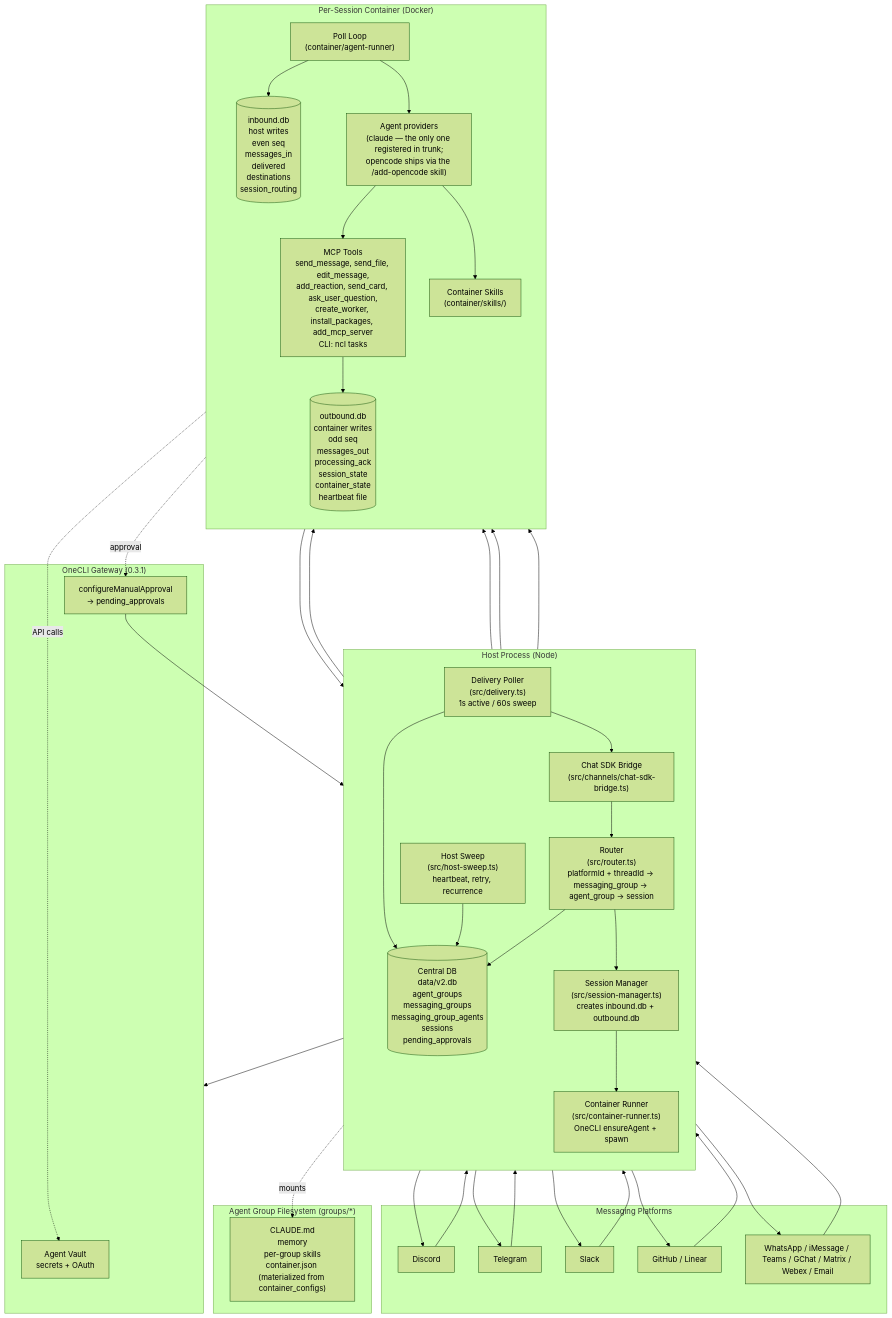
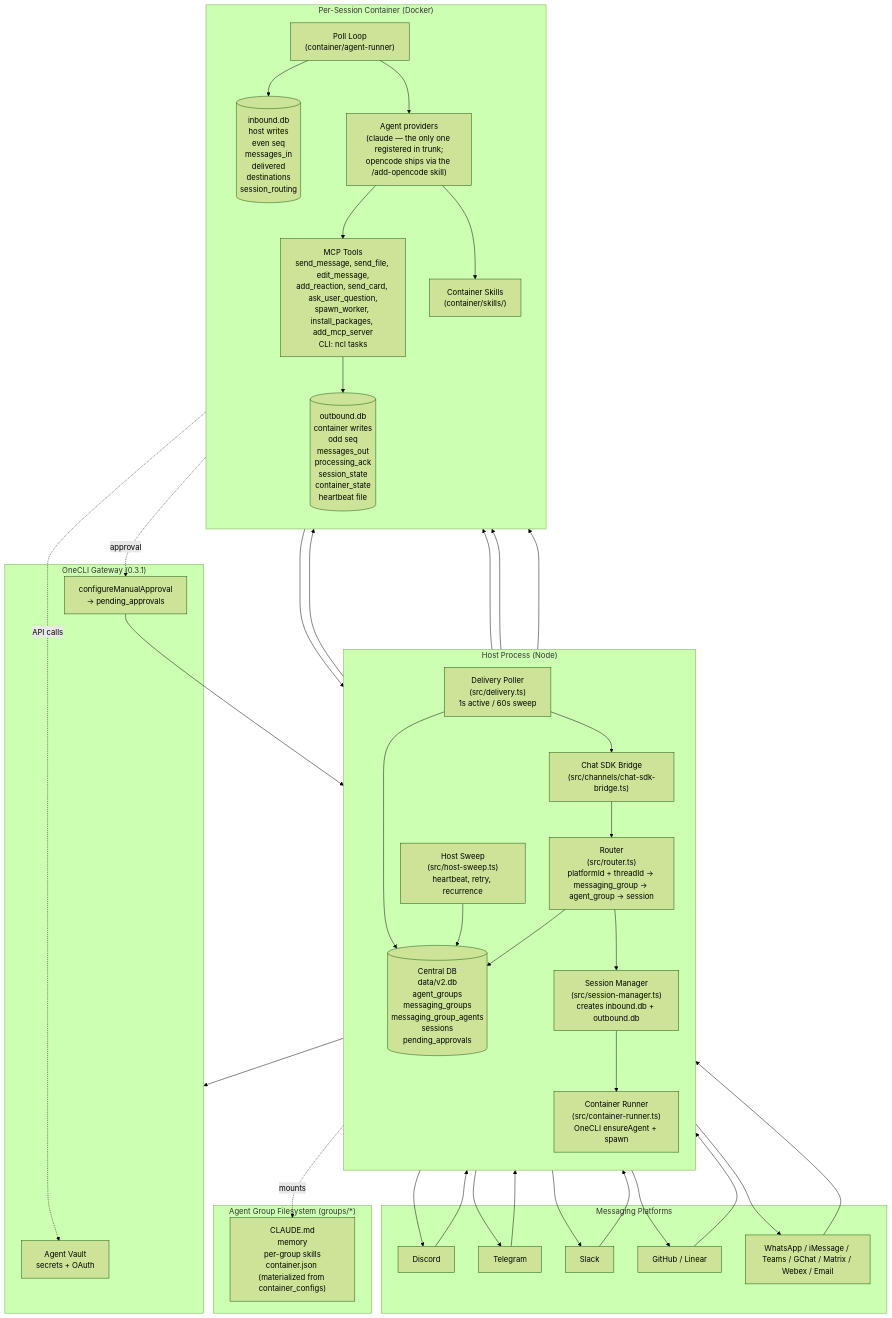
Before and after one commit to kiendev98/nanoclaw: the first of 5 diagrams in docs/architecture-diagram.md, drawn with Mermaid (forest theme). The commit also changed 33 other files, not shown here.

First line of the commit message:
refactor(worker): restore create_agent to upstream, rename create_worker to spawn_worker

````diff
--- a/docs/architecture-diagram.md
+++ b/docs/architecture-diagram.md
@@ -5,65 +5,65 @@
 ```mermaid
 flowchart TB
   subgraph Platforms["Messaging Platforms"]
     P1[Discord]
     P2[Telegram]
     P3[Slack]
     P4[GitHub / Linear]
     P5[WhatsApp / iMessage / Teams / GChat / Matrix / Webex / Email]
   end
 
   subgraph Host["Host Process (Node)"]
     direction TB
     Bridge["Chat SDK Bridge<br/>(src/channels/chat-sdk-bridge.ts)"]
     Router["Router<br/>(src/router.ts)<br/>platformId + threadId -> messaging_group -> agent_group -> session"]
     SessMgr["Session Manager<br/>(src/session-manager.ts)<br/>creates inbound.db + outbound.db"]
     Runner["Container Runner<br/>(src/container-runner.ts)<br/>OneCLI ensureAgent + spawn"]
     Delivery["Delivery Poller<br/>(src/delivery.ts)<br/>1s active / 60s sweep"]
     Sweep["Host Sweep<br/>(src/host-sweep.ts)<br/>heartbeat, retry, recurrence"]
     Central[("Central DB<br/>data/v2.db<br/>agent_groups<br/>messaging_groups<br/>messaging_group_agents<br/>sessions<br/>pending_approvals")]
   end
 
   subgraph OneCLI["OneCLI Gateway (0.3.1)"]
     Vault["Agent Vault<br/>secrets + OAuth"]
     Approvals["configureManualApproval<br/>-> pending_approvals"]
   end
 
   subgraph Session["Per-Session Container (Docker)"]
     direction TB
     PollLoop["Poll Loop<br/>(container/agent-runner)"]
     Provider["Agent providers<br/>(claude — the only one registered in trunk;<br/>opencode ships via the /add-opencode skill)"]
-    MCP["MCP Tools<br/>send_message, send_file, edit_message,<br/>add_reaction, send_card, ask_user_question,<br/>create_worker, install_packages, add_mcp_server<br/>CLI: ncl tasks"]
+    MCP["MCP Tools<br/>send_message, send_file, edit_message,<br/>add_reaction, send_card, ask_user_question,<br/>spawn_worker, install_packages, add_mcp_server<br/>CLI: ncl tasks"]
     Skills["Container Skills<br/>(container/skills/)"]
     InDB[("inbound.db<br/>host writes<br/>even seq<br/>messages_in<br/>delivered<br/>destinations<br/>session_routing")]
     OutDB[("outbound.db<br/>container writes<br/>odd seq<br/>messages_out<br/>processing_ack<br/>session_state<br/>container_state<br/>heartbeat file")]
   end
 
   subgraph Groups["Agent Group Filesystem (groups/*)"]
     Folder["CLAUDE.md<br/>memory<br/>per-group skills<br/>container.json (materialized from container_configs)"]
   end
 
   P1 & P2 & P3 & P4 & P5 --> Bridge
   Bridge --> Router
   Router --> Central
   Router --> SessMgr
   SessMgr --> InDB
   SessMgr --> Runner
   Runner --> OneCLI
   Runner --> PollLoop
   PollLoop --> InDB
   PollLoop --> Provider
   Provider --> MCP
   Provider --> Skills
   MCP --> OutDB
   OutDB --> Delivery
   Delivery --> Central
   Delivery --> Bridge
   Bridge --> P1 & P2 & P3 & P4 & P5
   Sweep --> InDB
   Sweep --> OutDB
   Sweep --> Central
   Runner -.mounts.-> Folder
   MCP -.approval.-> Approvals
   Approvals --> Central
   Provider -.API calls.-> Vault
 ```
````
